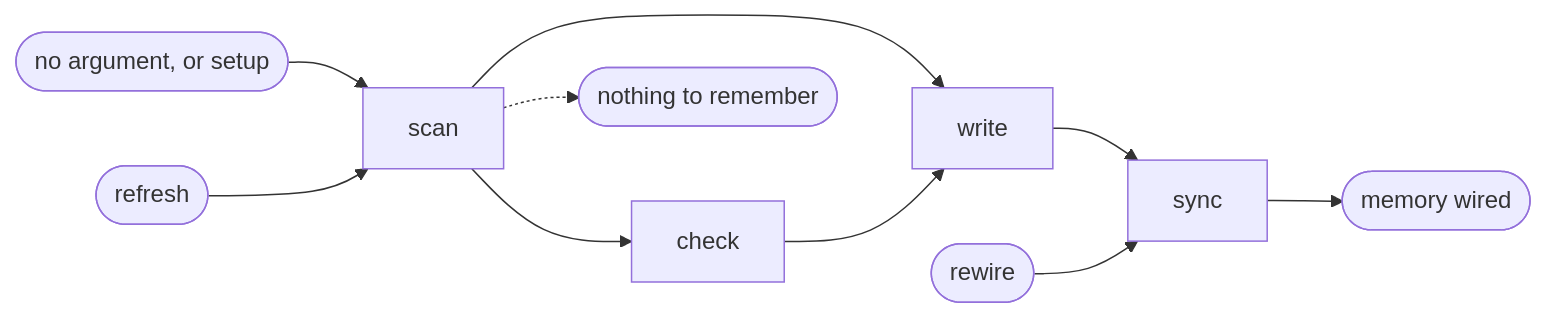
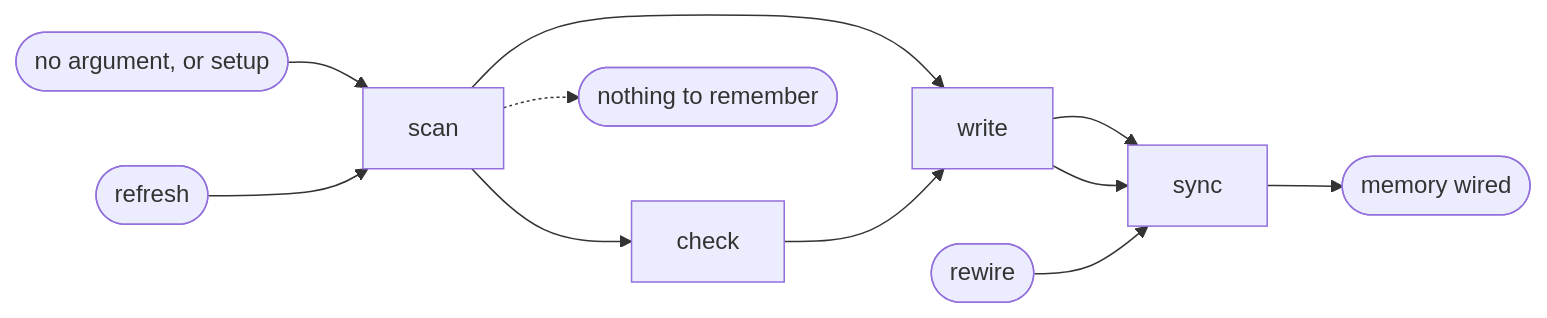
The diagram in plugins/aidd-context/skills/02-project-memory/SKILL.md (ai-driven-dev/framework), drawn with Mermaid before and after one commit. The commit also changed other lines of this file and 8 other files, not shown here.

First line of the commit message:
feat(aidd-context): check prints its findings, refresh syncs, a misplaced file is offered a move

````diff
--- a/plugins/aidd-context/skills/02-project-memory/SKILL.md
+++ b/plugins/aidd-context/skills/02-project-memory/SKILL.md
@@ -9,7 +9,7 @@
 ```mermaid
 flowchart LR
   new([no argument, or setup]) --> scan --> write --> sync --> wired([memory wired])
-  update([refresh]) --> scan --> check --> write
+  update([refresh]) --> scan --> check --> write --> sync
   rewire([rewire]) --> sync
   scan -.-> empty([nothing to remember])
 ```
````
